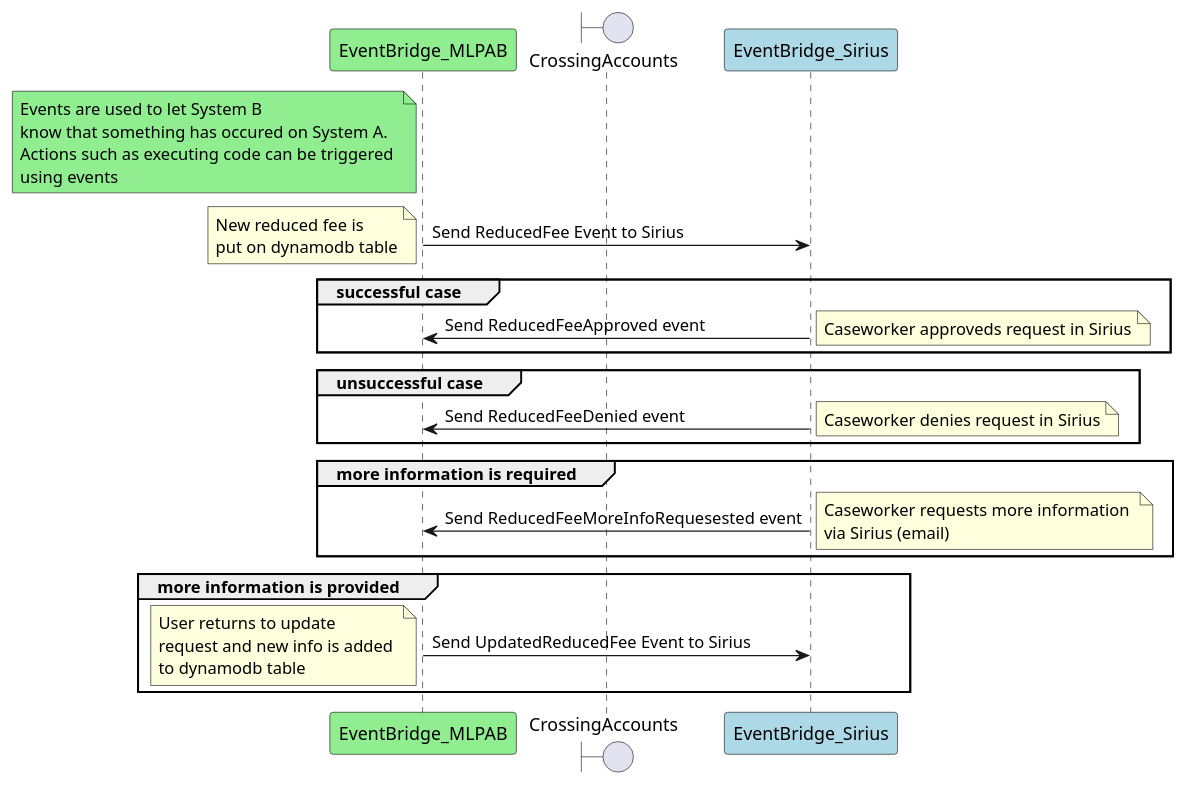
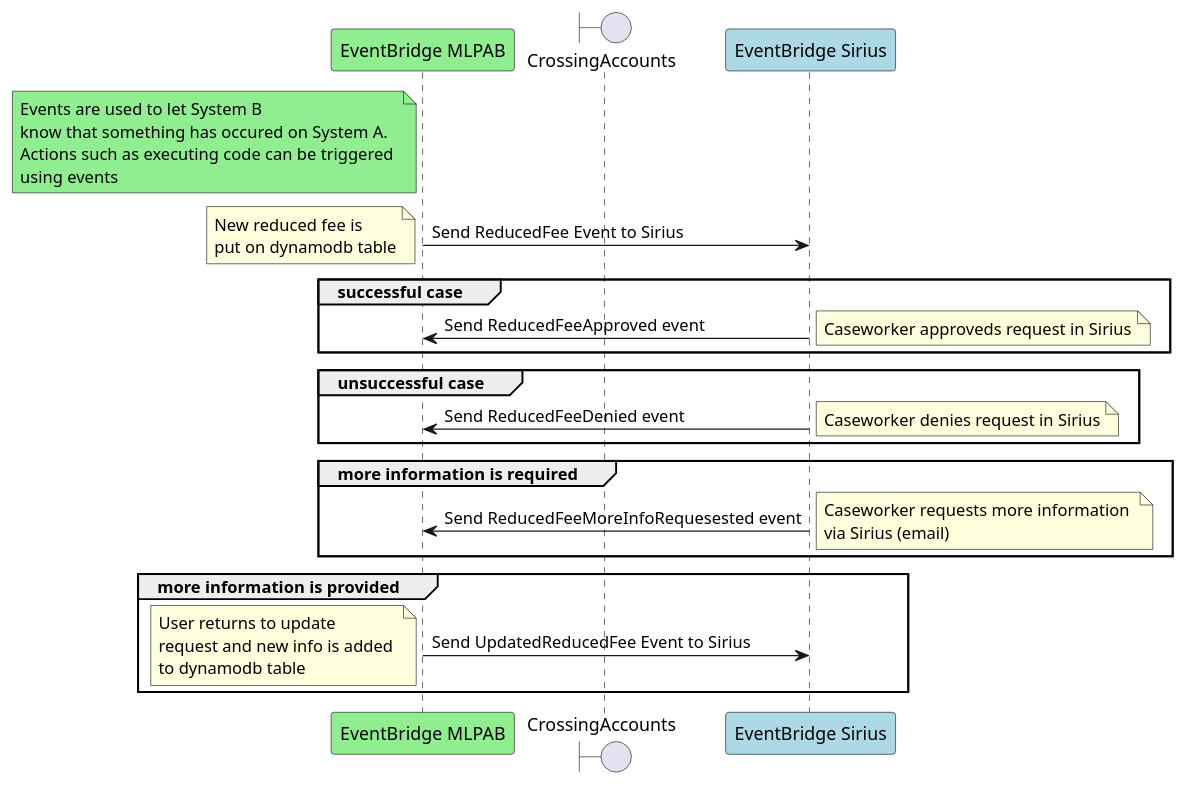
The diagram in docs/architecture/diagrams/remissions_eventbridge.plantuml (ministryofjustice/opg-modernising-lpa), drawn with PlantUML before and after one commit. The commit also changed 1 other file, not shown here.

```diff
--- a/docs/architecture/diagrams/remissions_eventbridge.plantuml
+++ b/docs/architecture/diagrams/remissions_eventbridge.plantuml
@@ -1,31 +1,31 @@
-@startuml
-participant EventBridge_MLPAB #lightgreen
+@startuml eventbridge
+participant "EventBridge MLPAB" as EventBridge_MLPAB #lightgreen
 boundary CrossingAccounts
-participant EventBridge_Sirius #lightblue
+participant "EventBridge Sirius" as EventBridge_Sirius #lightblue
 note left of EventBridge_MLPAB #lightgreen: Events are used to let System B \nknow that something has occured on System A. \nActions such as executing code can be triggered \nusing events
 
 EventBridge_MLPAB->EventBridge_Sirius: Send ReducedFee Event to Sirius
 note left: New reduced fee is \nput on dynamodb table
 
 group successful case
 
   EventBridge_Sirius->EventBridge_MLPAB: Send ReducedFeeApproved event
   note right: Caseworker approveds request in Sirius
   end
 
 group unsuccessful case
 
   EventBridge_Sirius->EventBridge_MLPAB: Send ReducedFeeDenied event
   note right: Caseworker denies request in Sirius
   end
 
 group more information is required
   EventBridge_Sirius->EventBridge_MLPAB: Send ReducedFeeMoreInfoRequesested event
   note right: Caseworker requests more information \nvia Sirius (email)
   end
 
 group more information is provided
   EventBridge_MLPAB->EventBridge_Sirius: Send UpdatedReducedFee Event to Sirius
   note left: User returns to update \nrequest and new info is added \nto dynamodb table
   end
 @enduml
```
